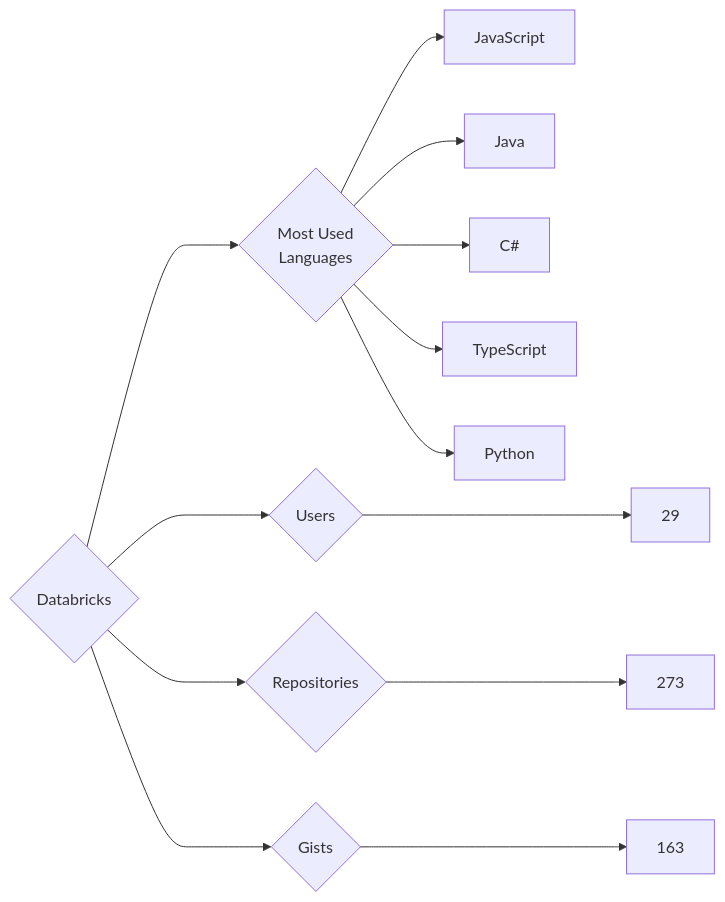
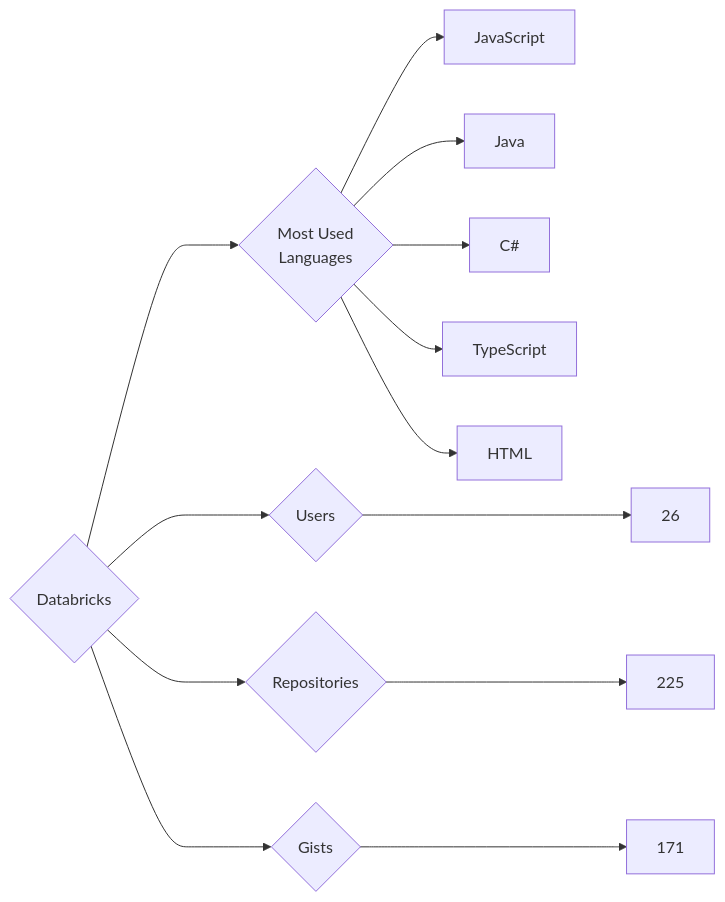
The diagram in targets/Databricks/README.md (trickest/insiders), drawn with Mermaid before and after one commit. The commit also changed 1195 other files, not shown here.

````diff
--- a/targets/Databricks/README.md
+++ b/targets/Databricks/README.md
@@ -3,13 +3,13 @@
 ```mermaid
 graph LR
 COMPANY_NAME{Databricks}
-COMPANY_NAME ---> U{Users} ---> UN[29]
-COMPANY_NAME ---> R{Repositories} ---> RN[273]
-COMPANY_NAME ---> G{Gists} ---> GN[163]
+COMPANY_NAME ---> U{Users} ---> UN[26]
+COMPANY_NAME ---> R{Repositories} ---> RN[225]
+COMPANY_NAME ---> G{Gists} ---> GN[171]
 COMPANY_NAME ---> ML{Most Used<br>Languages}
 ML --> JavaScript[JavaScript]
 ML --> Java[Java]
 ML --> C#[C#]
 ML --> TypeScript[TypeScript]
-ML --> Python[Python]
+ML --> HTML[HTML]
 ```
````
